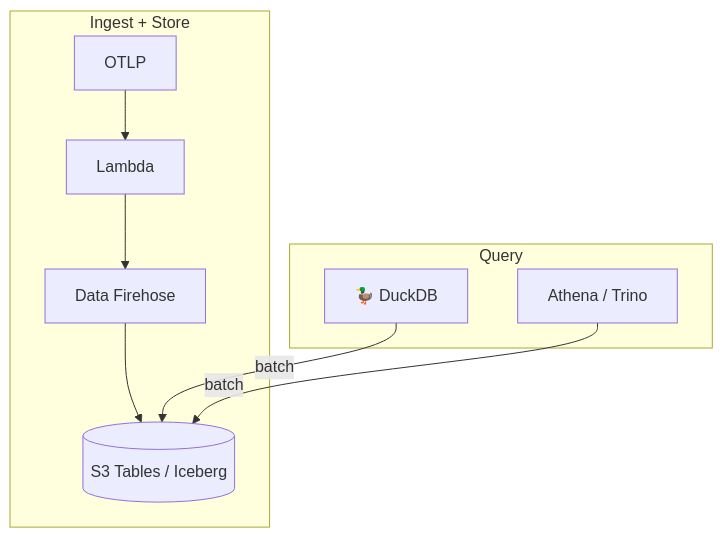
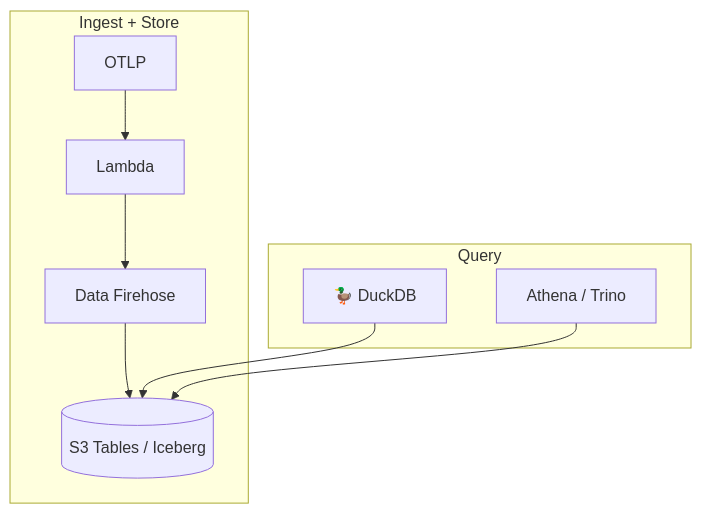
The second of 3 diagrams in README.md (smithclay/otlp2pipeline), drawn with Mermaid before and after one commit. The commit also changed other lines of this file and 1 other file, not shown here.

````diff
--- a/README.md
+++ b/README.md
@@ -146,13 +146,13 @@
 ```mermaid
 flowchart TB
     subgraph Ingest["Ingest + Store"]
         OTLP[OTLP] --> L[Lambda]
         L --> F[Data Firehose]
         F --> S3[(S3 Tables / Iceberg)]
     end
 
     subgraph Query["Query"]
-        DuckDB[🦆 DuckDB] -->|batch| S3
-        Athena[Athena / Trino] -->|batch| S3
+        DuckDB[🦆 DuckDB] --> S3
+        Athena[Athena / Trino] --> S3
     end
 ```
````
